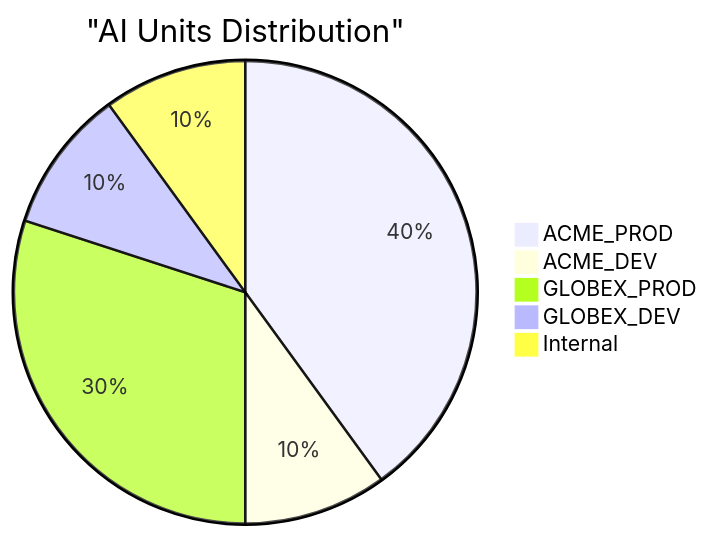
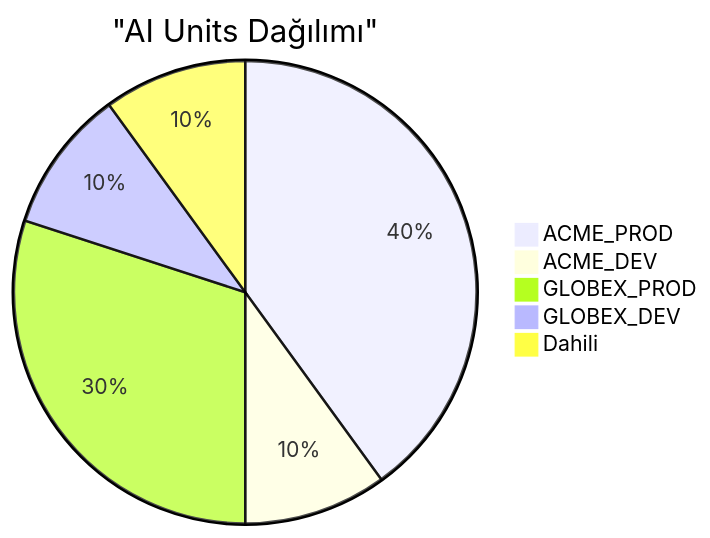
The sixth of 11 diagrams in Technical Tutorials/BTP/TR/chapters/12-multi-client-management.md (beyhanmeyrali/sap-all), drawn with Mermaid before and after one commit. The commit also changed other lines of this file and 11 other files, not shown here.

````diff
--- a/Technical Tutorials/BTP/TR/chapters/12-multi-client-management.md
+++ b/Technical Tutorials/BTP/TR/chapters/12-multi-client-management.md
@@ -212,8 +212,8 @@
 ```mermaid
-pie title "AI Units Distribution"
+pie title "AI Units Dağılımı"
     "ACME_PROD" : 40
     "ACME_DEV" : 10
     "GLOBEX_PROD" : 30
     "GLOBEX_DEV" : 10
-    "Internal" : 10
+    "Dahili" : 10
 ```
````
